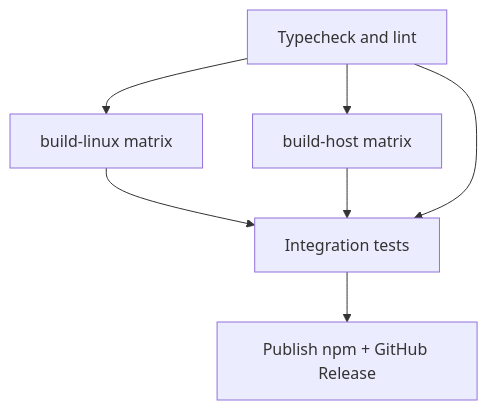
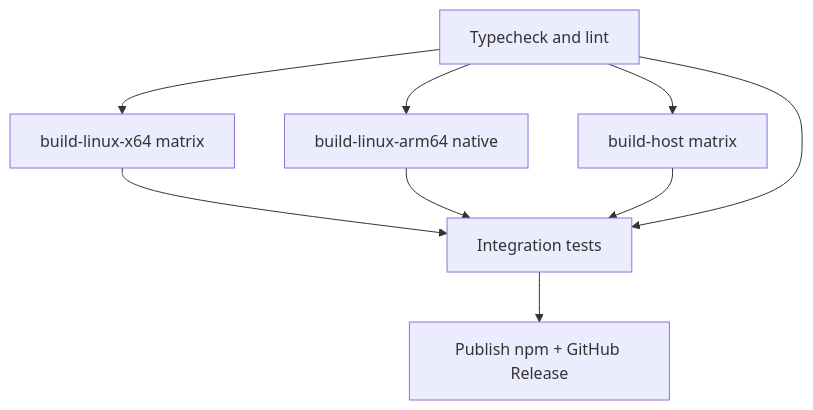
Before and after one commit to akirilyuk/node-webrtc-rust: the third of 3 diagrams in scripts/ci/README.md, drawn with Mermaid. The commit also changed other lines of this file and 2 other files, not shown here.

First line of the commit message:
fix(ci): native arm64 runner and gnu link without Zig

````diff
--- a/scripts/ci/README.md
+++ b/scripts/ci/README.md
@@ -154,15 +160,18 @@
 ```mermaid
 flowchart TD
   quality[Typecheck and lint]
-  buildLinux[build-linux matrix]
+  buildLinuxX64[build-linux-x64 matrix]
+  buildLinuxArm64[build-linux-arm64 native]
   buildHost[build-host matrix]
   test[Integration tests]
   publish[Publish npm + GitHub Release]
 
-  quality --> buildLinux
+  quality --> buildLinuxX64
+  quality --> buildLinuxArm64
   quality --> buildHost
-  buildLinux --> test
+  buildLinuxX64 --> test
+  buildLinuxArm64 --> test
   buildHost --> test
   quality --> test
   test --> publish
 ```
````
